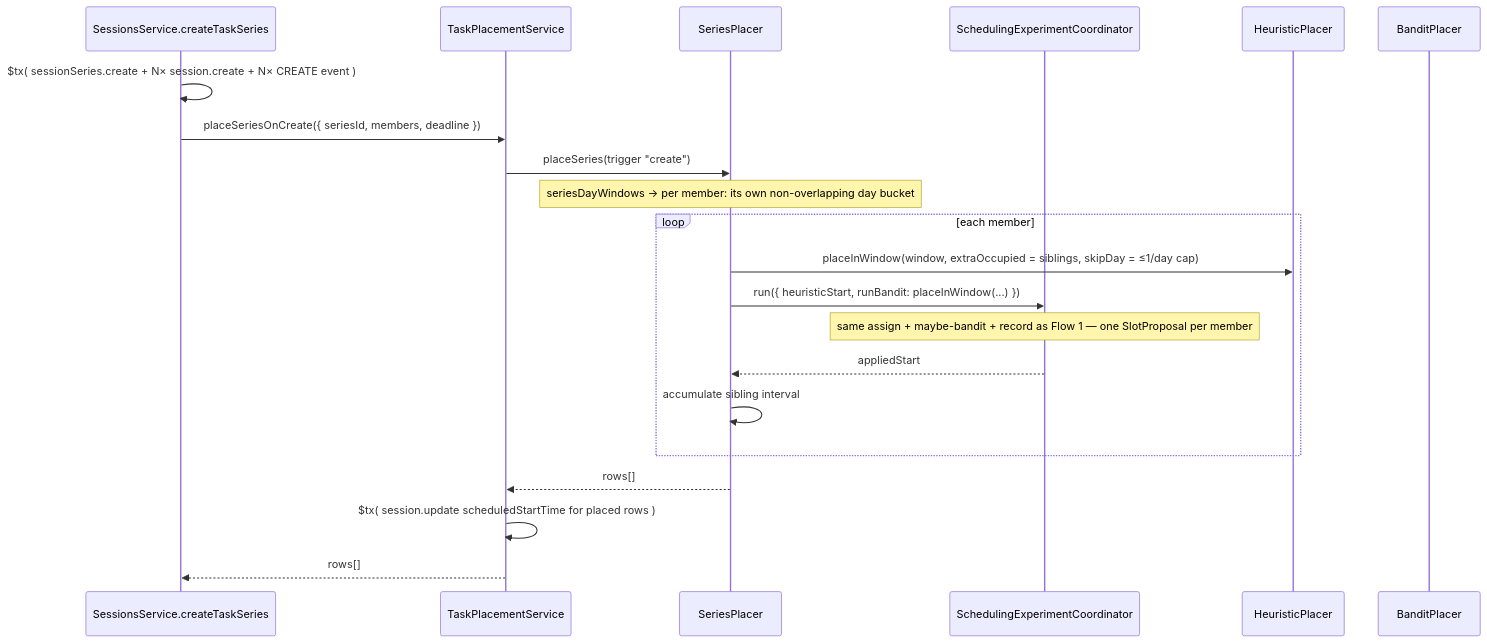
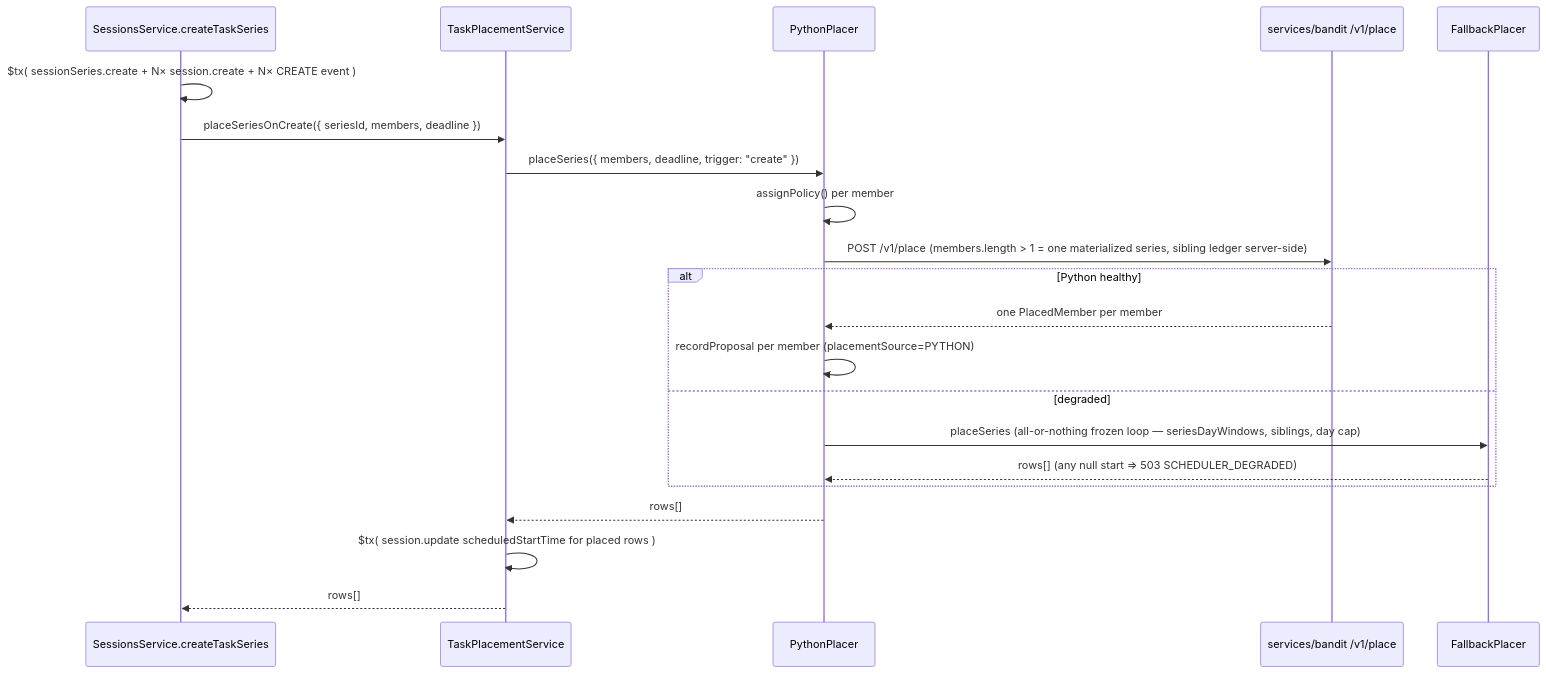
One commit to tryzenflow/zenflow changed the third of 6 diagrams in backend/README.md. Above: the diagram before and after it, drawn with Mermaid. The commit also changed other lines of this file and 39 other files, not shown here.

````diff
--- a/backend/README.md
+++ b/backend/README.md
@@ -870,23 +861,23 @@
 ```mermaid
 sequenceDiagram
   participant S as SessionsService.createTaskSeries
   participant T as TaskPlacementService
-  participant SP as SeriesPlacer
-  participant X as SchedulingExperimentCoordinator
-  participant H as HeuristicPlacer
-  participant B as BanditPlacer
+  participant P as PythonPlacer
+  participant PY as services/bandit /v1/place
+  participant FB as FallbackPlacer
   S->>S: $tx( sessionSeries.create + N× session.create + N× CREATE event )
   S->>T: placeSeriesOnCreate({ seriesId, members, deadline })
-  T->>SP: placeSeries(trigger "create")
-  Note over SP: seriesDayWindows → per member: its own non-overlapping day bucket
-  loop each member
-    SP->>H: placeInWindow(window, extraOccupied = siblings, skipDay = ≤1/day cap)
-    SP->>X: run({ heuristicStart, runBandit: placeInWindow(...) })
-    Note over X: same assign + maybe-bandit + record as Flow 1 — one SlotProposal per member
-    X-->>SP: appliedStart
-    SP->>SP: accumulate sibling interval
+  T->>P: placeSeries({ members, deadline, trigger: "create" })
+  P->>P: assignPolicy() per member
+  P->>PY: POST /v1/place (members.length > 1 = one materialized series, sibling ledger server-side)
+  alt Python healthy
+    PY-->>P: one PlacedMember per member
+    P->>P: recordProposal per member (placementSource=PYTHON)
+  else degraded
+    P->>FB: placeSeries (all-or-nothing frozen loop — seriesDayWindows, siblings, day cap)
+    FB-->>P: rows[] (any null start => 503 SCHEDULER_DEGRADED)
   end
-  SP-->>T: rows[]
+  P-->>T: rows[]
   T->>T: $tx( session.update scheduledStartTime for placed rows )
   T-->>S: rows[]
 ```
````
